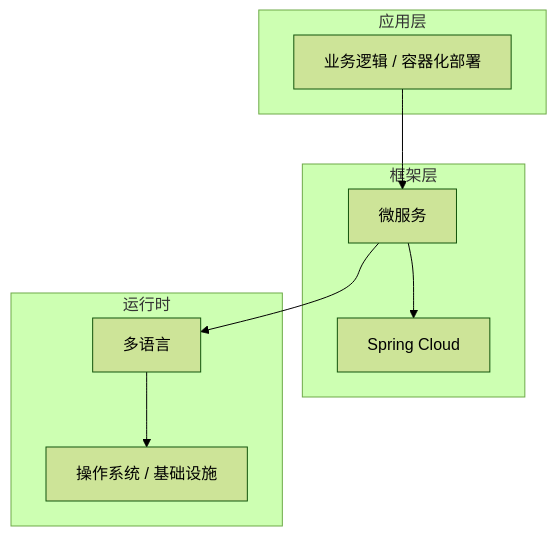
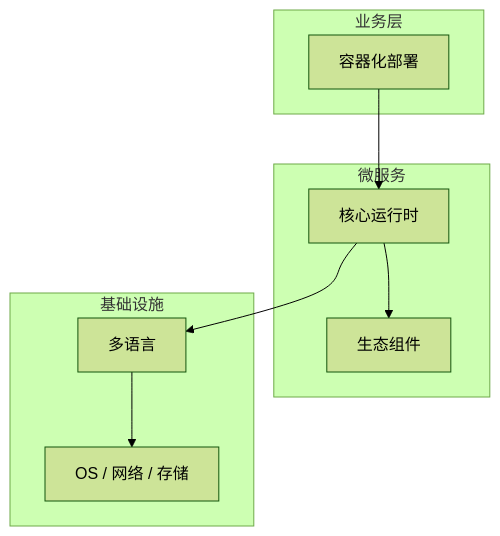
The diagram in articles/微服务架构/chapters/093-容器化部署核心概念与原理.md (yanggan2015/knowledge-json-v2), drawn with Mermaid (forest theme) before and after one commit. The commit also changed other lines of this file and 10127 other files, not shown here.

````diff
--- a/articles/微服务架构/chapters/093-容器化部署核心概念与原理.md
+++ b/articles/微服务架构/chapters/093-容器化部署核心概念与原理.md
@@ -45,18 +34,18 @@
 ```mermaid
 graph TB
-    subgraph 应用层
-        A[业务逻辑 / 容器化部署]
+    subgraph 业务层
+        A[容器化部署]
     end
-    subgraph 框架层
-        B[微服务]
-        C[Spring Cloud]
+    subgraph 微服务
+        B[核心运行时]
+        C[生态组件]
     end
-    subgraph 运行时
+    subgraph 基础设施
         D[多语言]
-        E[操作系统 / 基础设施]
+        E[OS / 网络 / 存储]
     end
     A --> B
     B --> C
     B --> D
     D --> E
 ```
````
